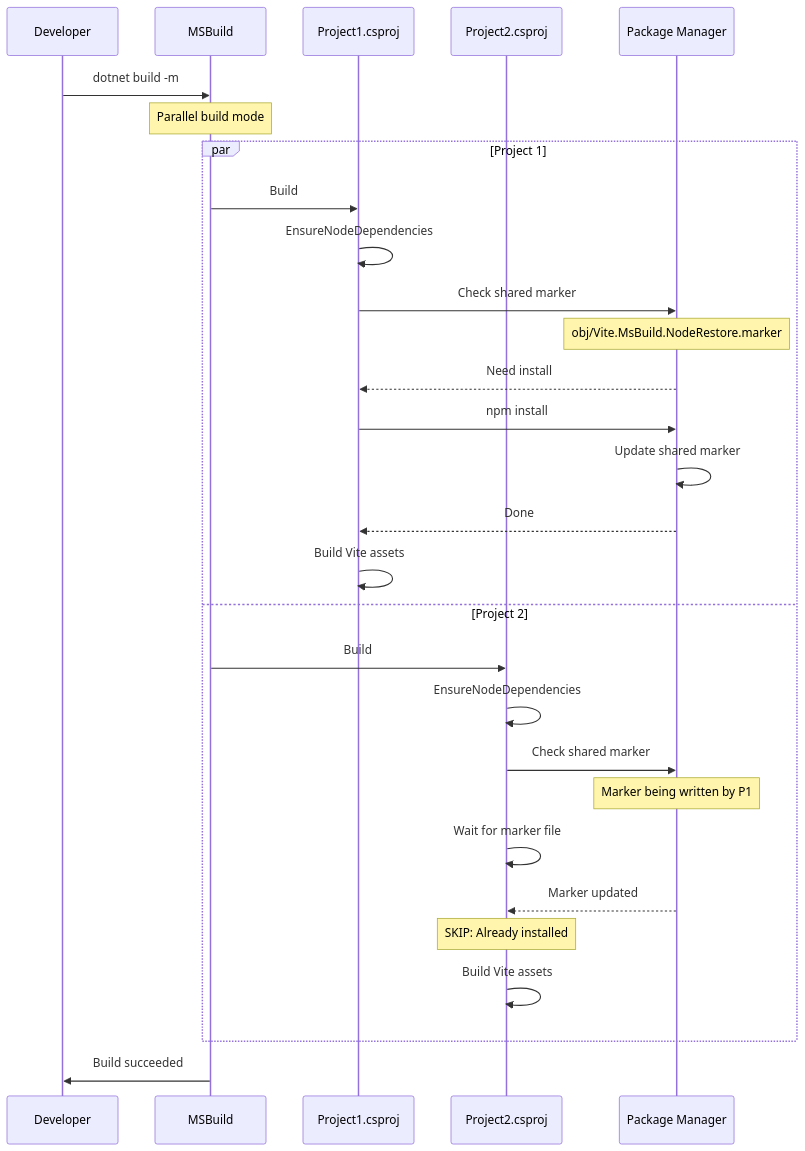
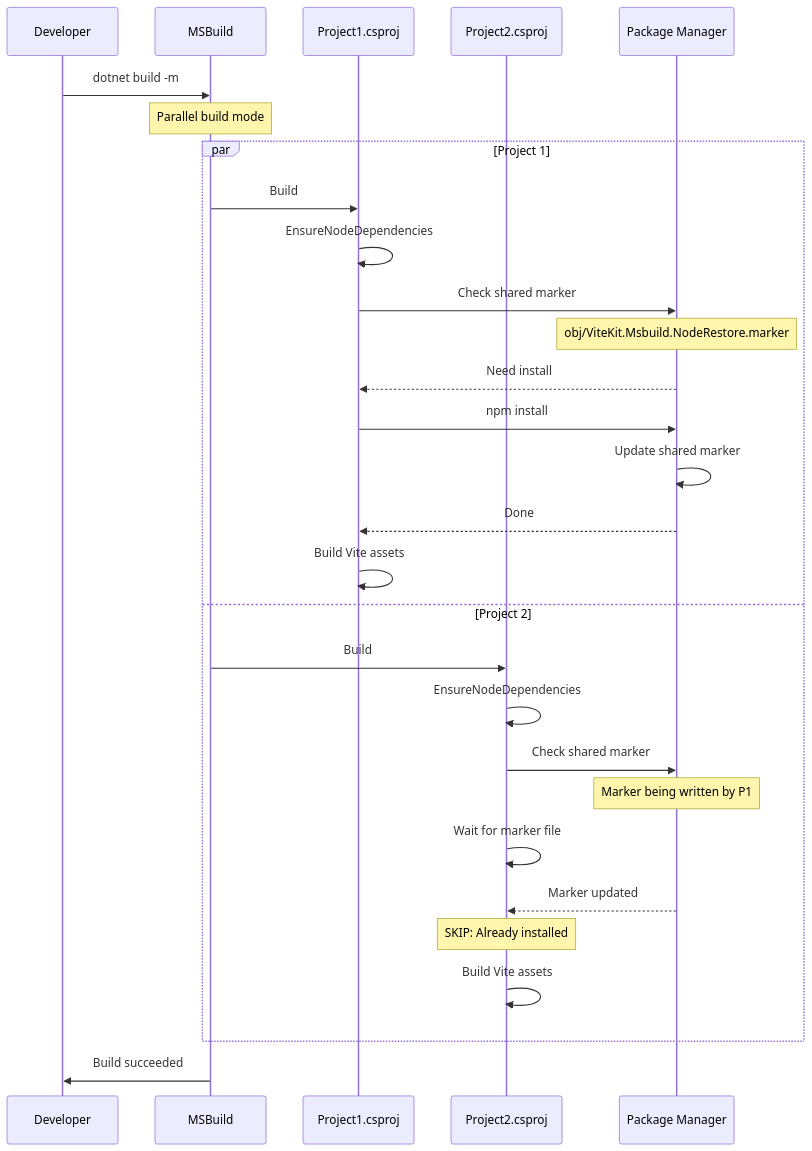
One commit to DigitalParadox/Vite.MsBuild changed the tenth of 18 diagrams in docs/architecture/build-decision-matrix.md. Above: the diagram before and after it, drawn with Mermaid. The commit also changed other lines of this file and 38 other files, not shown here.

First line of the commit message:
refactor: rename Vite.MsBuild to ViteKit.Msbuild across documentation

````diff
--- a/docs/architecture/build-decision-matrix.md
+++ b/docs/architecture/build-decision-matrix.md
@@ -439,34 +439,34 @@
 ```mermaid
 sequenceDiagram
     participant Dev as Developer
     participant MSB as MSBuild
     participant P1 as Project1.csproj
     participant P2 as Project2.csproj
     participant PM as Package Manager
 
     Dev->>MSB: dotnet build -m
     Note over MSB: Parallel build mode
     
     par Project 1
         MSB->>P1: Build
         P1->>P1: EnsureNodeDependencies
         P1->>PM: Check shared marker
-        Note over PM: obj/Vite.MsBuild.NodeRestore.marker
+        Note over PM: obj/ViteKit.Msbuild.NodeRestore.marker
         PM-->>P1: Need install
         P1->>PM: npm install
         PM->>PM: Update shared marker
         PM-->>P1: Done
         P1->>P1: Build Vite assets
     and Project 2
         MSB->>P2: Build
         P2->>P2: EnsureNodeDependencies
         P2->>PM: Check shared marker
         Note over PM: Marker being written by P1
         P2->>P2: Wait for marker file
         PM-->>P2: Marker updated
         Note over P2: SKIP: Already installed
         P2->>P2: Build Vite assets
     end
     
     MSB->>Dev: Build succeeded
 ```
````
